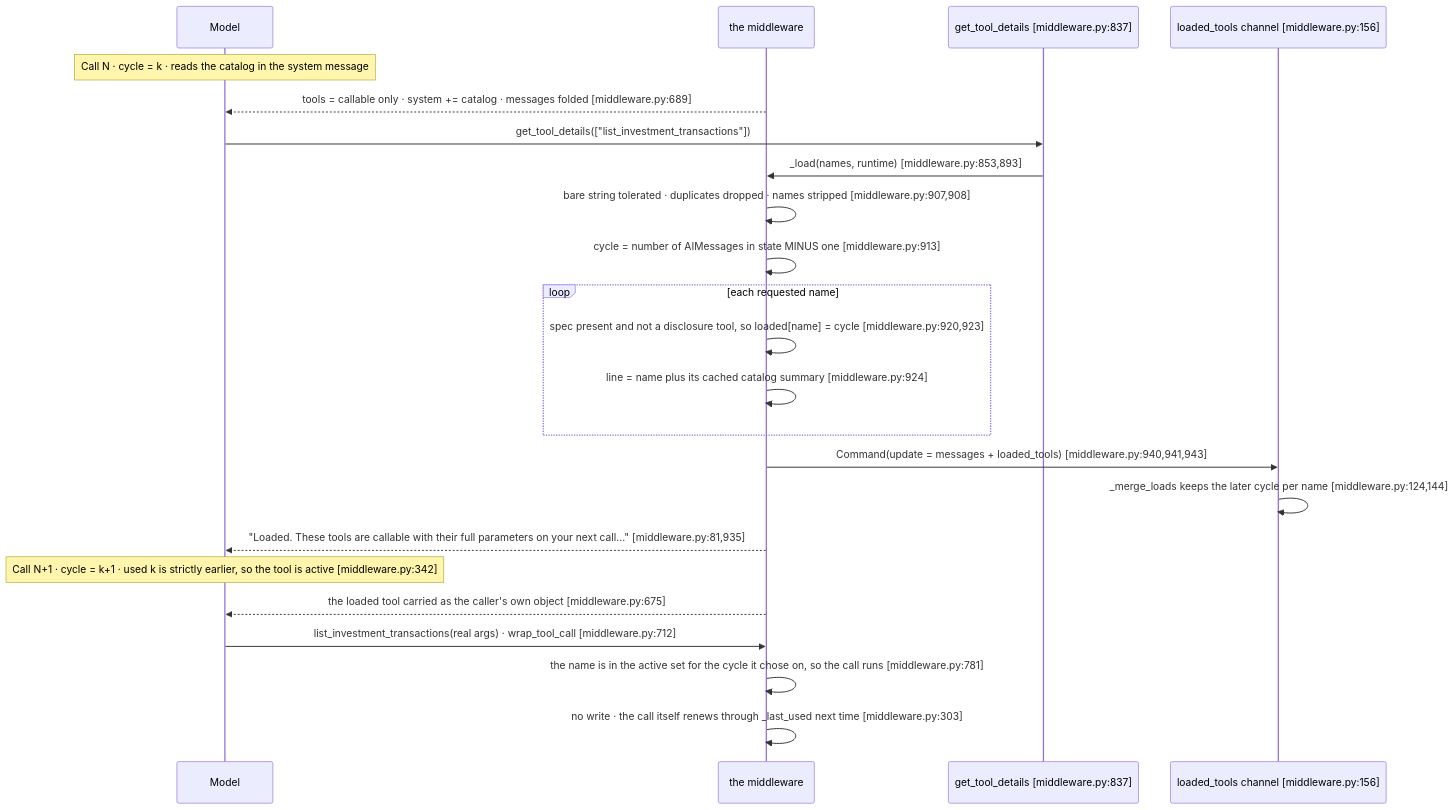
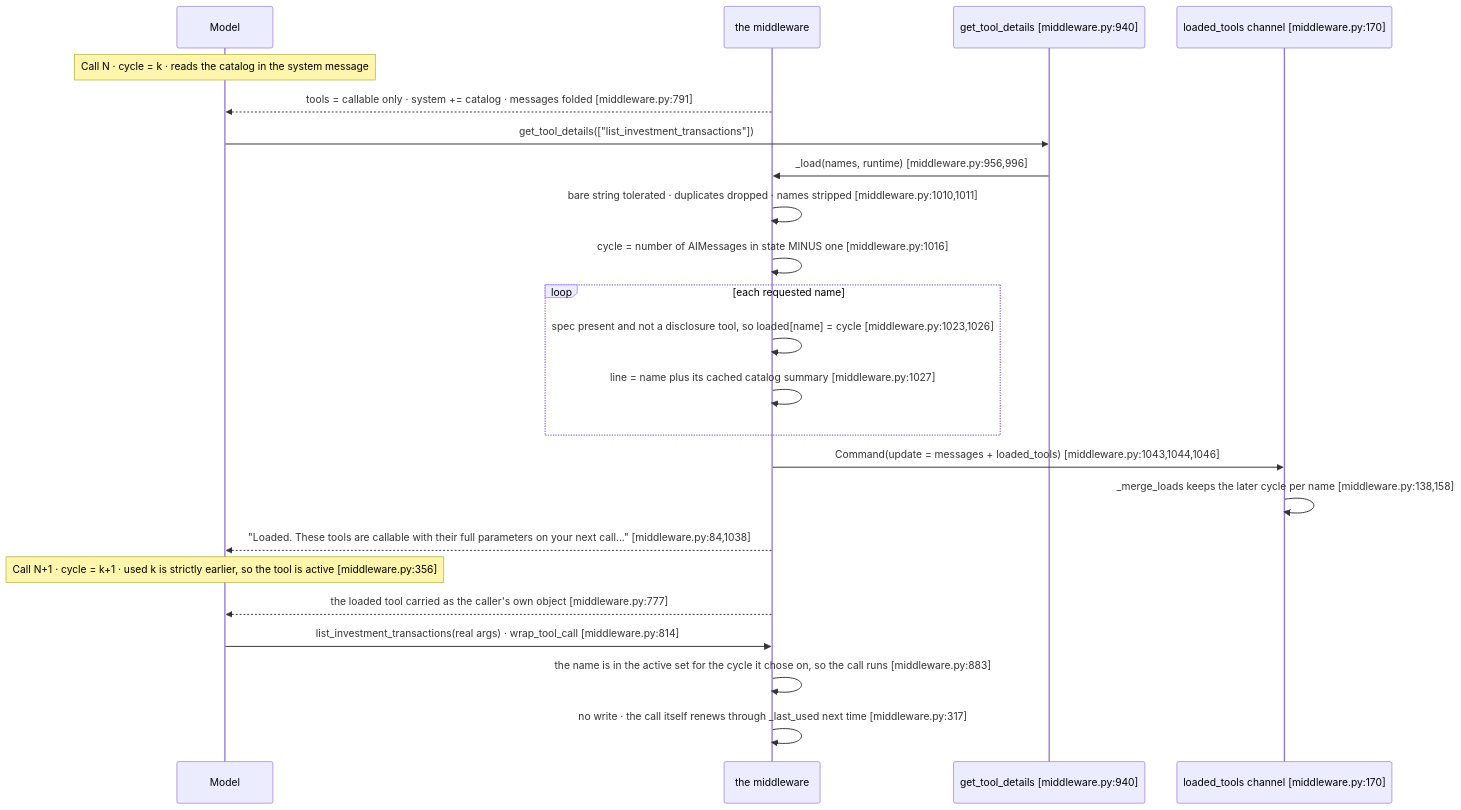
Before and after one commit to aws-samples/sample-context-engineering: the fourth of 7 diagrams in docs/design/sequence/langgraph/sequence-b-disclosure.md, drawn with Mermaid. The commit also changed other lines of this file and 8 other files, not shown here.

````diff
--- a/docs/design/sequence/langgraph/sequence-b-disclosure.md
+++ b/docs/design/sequence/langgraph/sequence-b-disclosure.md
@@ -483,26 +588,26 @@
 ```mermaid
 sequenceDiagram
     participant Model
     participant MW as the middleware
-    participant Tool as get_tool_details [middleware.py:837]
-    participant State as loaded_tools channel [middleware.py:156]
+    participant Tool as get_tool_details [middleware.py:940]
+    participant State as loaded_tools channel [middleware.py:170]
 
     Note over Model: Call N · cycle = k · reads the catalog in the system message
-    MW-->>Model: tools = callable only · system += catalog · messages folded [middleware.py:689]
+    MW-->>Model: tools = callable only · system += catalog · messages folded [middleware.py:791]
     Model->>Tool: get_tool_details(["list_investment_transactions"])
-    Tool->>MW: _load(names, runtime) [middleware.py:853,893]
-    MW->>MW: bare string tolerated · duplicates dropped · names stripped [middleware.py:907,908]
-    MW->>MW: cycle = number of AIMessages in state MINUS one [middleware.py:913]
+    Tool->>MW: _load(names, runtime) [middleware.py:956,996]
+    MW->>MW: bare string tolerated · duplicates dropped · names stripped [middleware.py:1010,1011]
+    MW->>MW: cycle = number of AIMessages in state MINUS one [middleware.py:1016]
     loop each requested name
-        MW->>MW: spec present and not a disclosure tool, so loaded[name] = cycle [middleware.py:920,923]
-        MW->>MW: line = name plus its cached catalog summary [middleware.py:924]
+        MW->>MW: spec present and not a disclosure tool, so loaded[name] = cycle [middleware.py:1023,1026]
+        MW->>MW: line = name plus its cached catalog summary [middleware.py:1027]
     end
-    MW->>State: Command(update = messages + loaded_tools) [middleware.py:940,941,943]
-    State->>State: _merge_loads keeps the later cycle per name [middleware.py:124,144]
-    MW-->>Model: "Loaded. These tools are callable with their full parameters on your next call..." [middleware.py:81,935]
-    Note over Model: Call N+1 · cycle = k+1 · used k is strictly earlier, so the tool is active [middleware.py:342]
-    MW-->>Model: the loaded tool carried as the caller's own object [middleware.py:675]
-    Model->>MW: list_investment_transactions(real args) · wrap_tool_call [middleware.py:712]
-    MW->>MW: the name is in the active set for the cycle it chose on, so the call runs [middleware.py:781]
-    MW->>MW: no write · the call itself renews through _last_used next time [middleware.py:303]
+    MW->>State: Command(update = messages + loaded_tools) [middleware.py:1043,1044,1046]
+    State->>State: _merge_loads keeps the later cycle per name [middleware.py:138,158]
+    MW-->>Model: "Loaded. These tools are callable with their full parameters on your next call..." [middleware.py:84,1038]
+    Note over Model: Call N+1 · cycle = k+1 · used k is strictly earlier, so the tool is active [middleware.py:356]
+    MW-->>Model: the loaded tool carried as the caller's own object [middleware.py:777]
+    Model->>MW: list_investment_transactions(real args) · wrap_tool_call [middleware.py:814]
+    MW->>MW: the name is in the active set for the cycle it chose on, so the call runs [middleware.py:883]
+    MW->>MW: no write · the call itself renews through _last_used next time [middleware.py:317]
 ```
````
